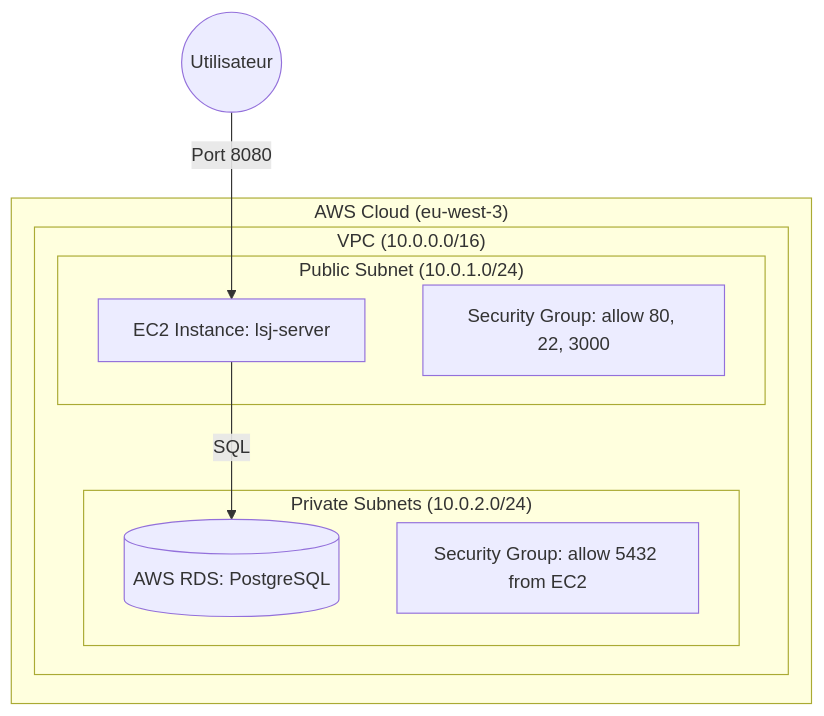
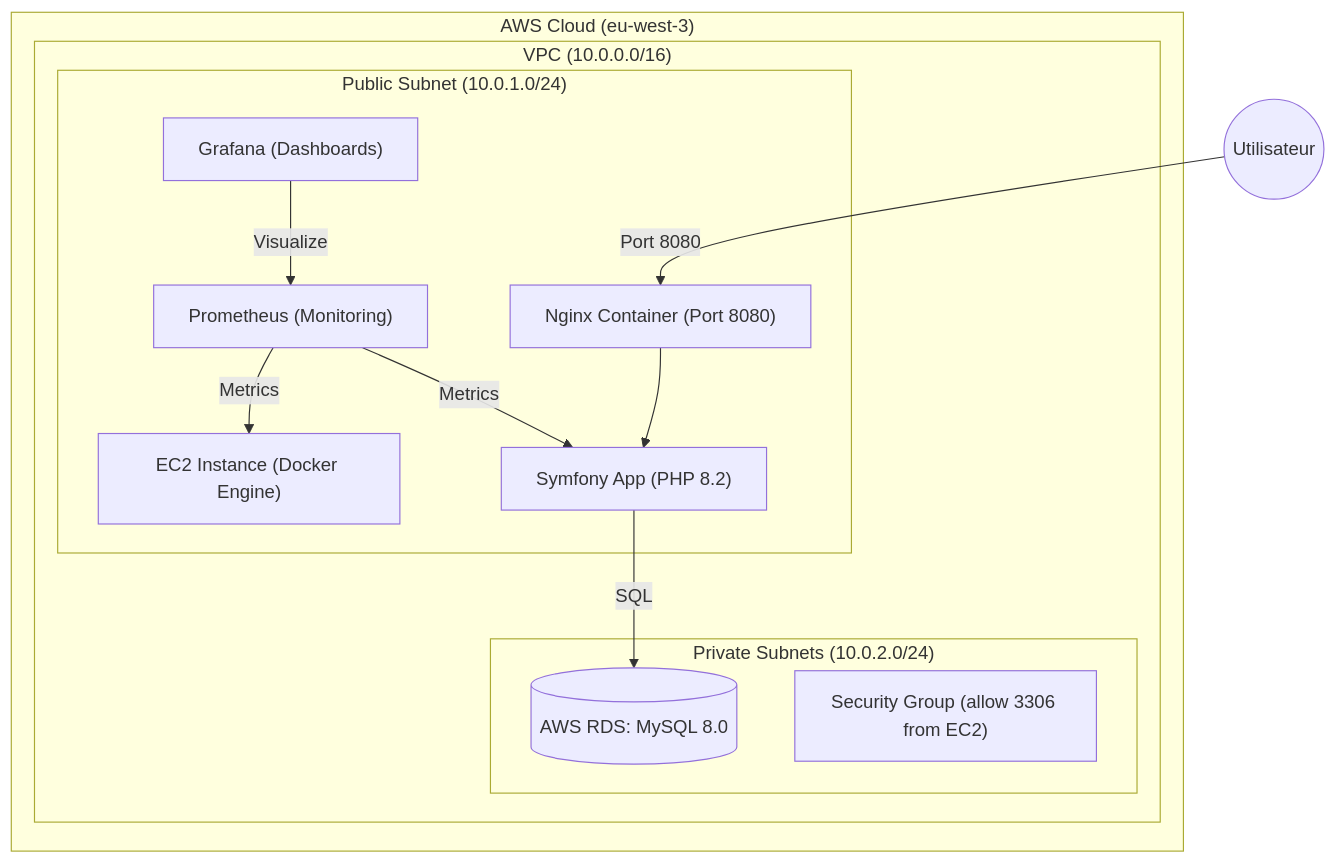
Before and after one commit to ArmSal/les-saveurs-du-jardin: the first of 2 diagrams in docs/architecture_schema.md, drawn with Mermaid. The commit also changed other lines of this file and 2 other files, not shown here.

Commit message:
docs: update README, cahier des charges and architecture schema for ASD certification

````diff
--- a/docs/architecture_schema.md
+++ b/docs/architecture_schema.md
@@ -6,19 +6,26 @@
 ```mermaid
 graph TD
     subgraph "AWS Cloud (eu-west-3)"
         subgraph "VPC (10.0.0.0/16)"
             subgraph "Public Subnet (10.0.1.0/24)"
-                EC2[EC2 Instance: lsj-server]
-                SG_EC2[Security Group: allow 80, 22, 3000]
+                EC2["EC2 Instance (Docker Engine)"]
+                NGINX["Nginx Container (Port 8080)"]
+                APP["Symfony App (PHP 8.2)"]
+                PROM["Prometheus (Monitoring)"]
+                GRAF["Grafana (Dashboards)"]
             end
             
             subgraph "Private Subnets (10.0.2.0/24)"
-                RDS[(AWS RDS: PostgreSQL)]
-                SG_RDS[Security Group: allow 5432 from EC2]
+                DB[(AWS RDS: MySQL 8.0)]
+                SG_RDS["Security Group (allow 3306 from EC2)"]
             end
         end
     end
 
-    User((Utilisateur)) -->|Port 8080| EC2
-    EC2 -->|SQL| RDS
+    User((Utilisateur)) -->|Port 8080| NGINX
+    NGINX --> APP
+    APP -->|SQL| DB
+    PROM -->|Metrics| APP
+    PROM -->|Metrics| EC2
+    GRAF -->|Visualize| PROM
 ```
````
